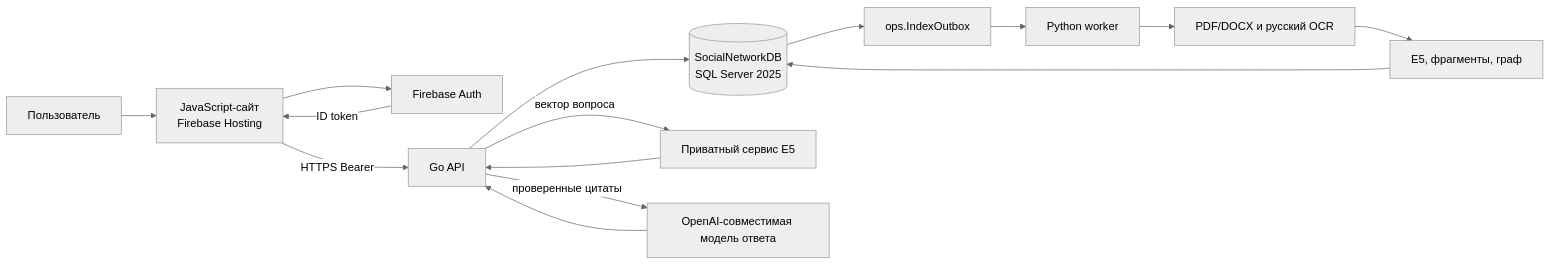
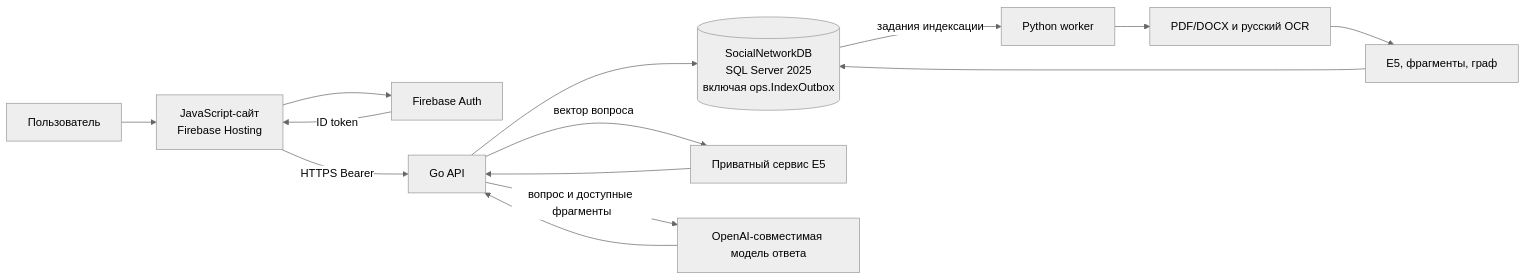
One commit to lkeey/BIVT-labs changed the first of 2 diagrams in 03SQL-CourseWork/docs/architecture.md. Above: the diagram before and after it, drawn with Mermaid (neutral theme). The commit also changed other lines of this file and 20 other files, not shown here.

Commit message:
Audit coursework SQL, API, docs, and add CI checks

````diff
--- a/03SQL-CourseWork/docs/architecture.md
+++ b/03SQL-CourseWork/docs/architecture.md
@@ -10,17 +10,16 @@
 ```mermaid
 flowchart LR
     USER[Пользователь] --> WEB[JavaScript-сайт<br/>Firebase Hosting]
     WEB --> AUTH[Firebase Auth]
     AUTH -->|ID token| WEB
     WEB -->|HTTPS Bearer| API[Go API]
-    API --> DB[(SocialNetworkDB<br/>SQL Server 2025)]
+    API --> DB[(SocialNetworkDB<br/>SQL Server 2025<br/>включая ops.IndexOutbox)]
     API -->|вектор вопроса| EMBED_API[Приватный сервис E5]
-    API -->|проверенные цитаты| LLM[OpenAI-совместимая модель ответа]
-    DB --> OUTBOX[ops.IndexOutbox]
-    OUTBOX --> WORKER[Python worker]
+    API -->|вопрос и доступные фрагменты| LLM[OpenAI-совместимая модель ответа]
+    DB -->|задания индексации| WORKER[Python worker]
     WORKER --> OCR[PDF/DOCX и русский OCR]
     OCR --> EMBED[E5, фрагменты, граф]
     EMBED --> DB
     EMBED_API --> API
     LLM --> API
 ```
````
